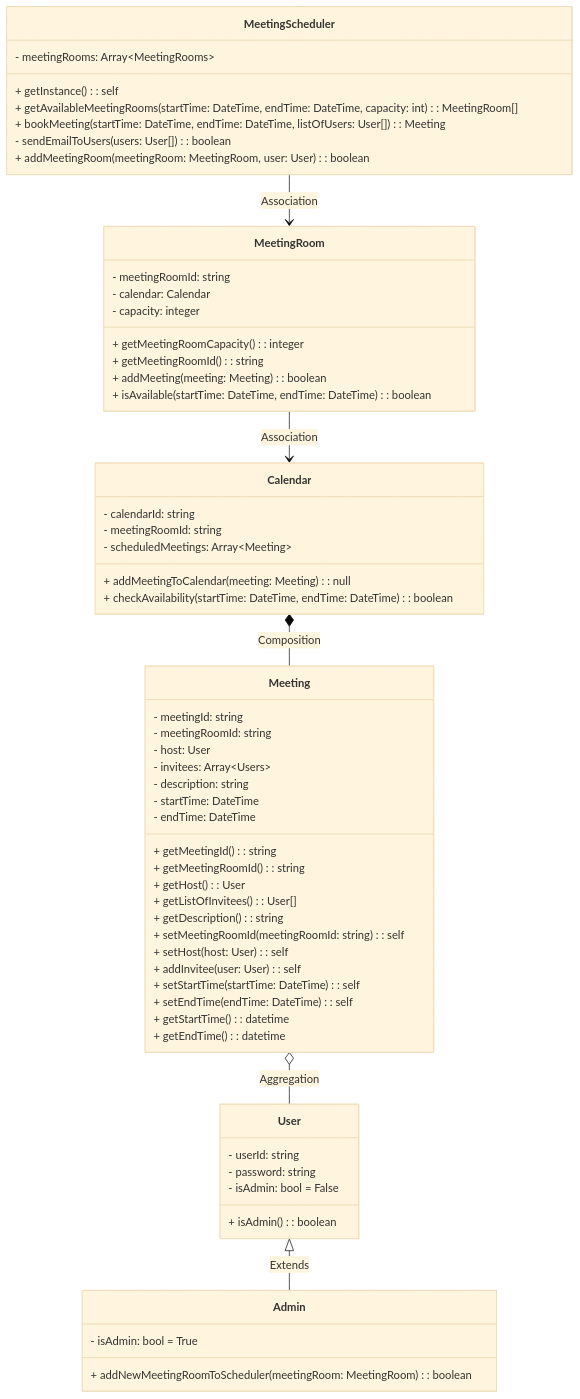
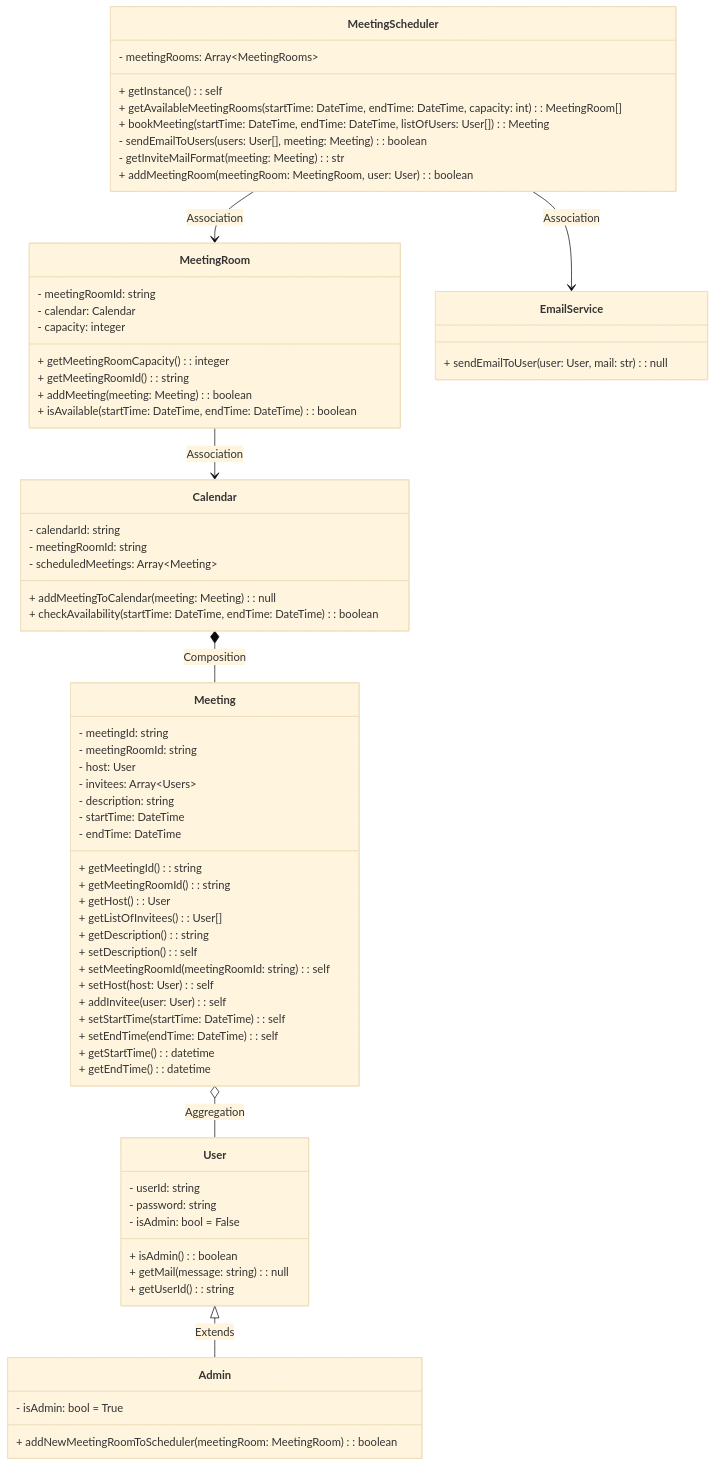
The diagram in MeetingScheduler/ReadMe.md (vinaycchndra/Python_LLDs), drawn with Mermaid (base theme) before and after one commit. The commit also changed 4 other files, not shown here.

````diff
--- a/MeetingScheduler/ReadMe.md
+++ b/MeetingScheduler/ReadMe.md
@@ -38,73 +38,81 @@
 ```mermaid
 classDiagram
     class MeetingScheduler{
     - meetingRooms: Array~MeetingRooms~
     + getInstance(): self
     + getAvailableMeetingRooms(startTime: DateTime, endTime: DateTime, capacity: int): MeetingRoom[]
     + bookMeeting(startTime: DateTime, endTime: DateTime, listOfUsers: User[]): Meeting
-    - sendEmailToUsers(users: User[]): boolean
+    - sendEmailToUsers(users: User[], meeting: Meeting): boolean
+    - getInviteMailFormat(meeting: Meeting): str
     + addMeetingRoom(meetingRoom: MeetingRoom, user: User): boolean
     }
 
     MeetingScheduler --> MeetingRoom: Association 
+    MeetingScheduler --> EmailService: Association
 
+    class EmailService{
+        + sendEmailToUser(user: User, mail: str): null
+    }
 
     class MeetingRoom{
         - meetingRoomId: string
         - calendar: Calendar
         - capacity: integer
         + getMeetingRoomCapacity(): integer
         + getMeetingRoomId(): string
         + addMeeting(meeting: Meeting): boolean
         + isAvailable(startTime: DateTime, endTime: DateTime): boolean
     }
 
     class Calendar{
         - calendarId: string
         - meetingRoomId: string
         - scheduledMeetings: Array~Meeting~
         + addMeetingToCalendar(meeting: Meeting): null
         + checkAvailability(startTime: DateTime, endTime: DateTime): boolean
     }
     
     MeetingRoom --> Calendar: Association
     Calendar *-- Meeting: Composition
     
     class User{
         - userId: string
         - password: string
         - isAdmin: bool = False
         + isAdmin(): boolean
+        + getMail(message: string): null 
+        + getUserId(): string
     }
 
     User <|-- Admin: Extends
     
     class Admin{
         - isAdmin: bool = True
         + addNewMeetingRoomToScheduler(meetingRoom: MeetingRoom): boolean
     }
 
     class Meeting{
         - meetingId: string
         - meetingRoomId: string
         - host: User
         - invitees: Array~Users~
         - description: string
         - startTime: DateTime
         - endTime: DateTime
         + getMeetingId(): string
         + getMeetingRoomId(): string
         + getHost(): User
         + getListOfInvitees(): User[]
         + getDescription(): string
+        + setDescription(): self
         + setMeetingRoomId(meetingRoomId: string): self
         + setHost(host: User): self
         + addInvitee(user: User): self
         + setStartTime(startTime: DateTime): self
         + setEndTime(endTime: DateTime): self
         + getStartTime(): datetime
         + getEndTime(): datetime
     }
 
     Meeting o-- User: Aggregation
 ```
````
